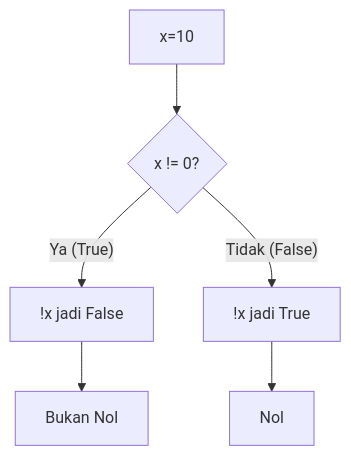
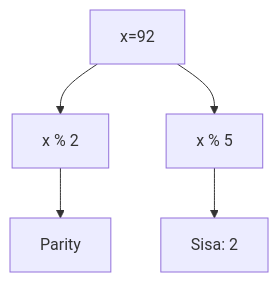
One commit to amnahwaida/OSNK_INF_PREP changed diagram 14 of 25 in part-c-pemahaman-cpp/02-percabangan/latihan/set-06.md. Above: the diagram before and after it, drawn with Mermaid. The commit also changed other lines of this file and 71 other files, not shown here.

````diff
--- a/part-c-pemahaman-cpp/02-percabangan/latihan/set-06.md
+++ b/part-c-pemahaman-cpp/02-percabangan/latihan/set-06.md
@@ -400,8 +414,7 @@
 ```mermaid
 graph TD
-    A[x=10] --> B{x != 0?}
-    B -- Ya (True) --> C["!x jadi False"]
-    B -- Tidak (False) --> D["!x jadi True"]
-    C --> E[Bukan Nol]
-    D --> F[Nol]
+A[x=92] --> B[x % 2]
+B --> C[Parity]
+A --> D[x % 5]
+D --> E[Sisa: 2]
 ```
````
